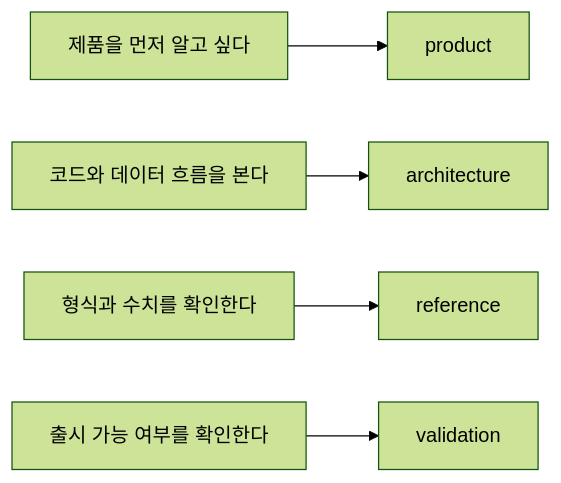
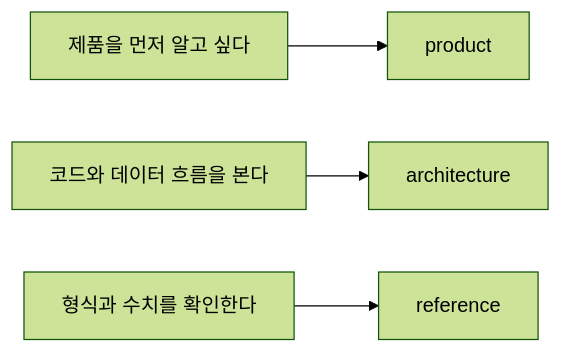
Before and after one commit to habinsong/negaflow: the diagram in docs/ko/README.md, drawn with Mermaid (forest theme). The commit also changed other lines of this file and 171 other files, not shown here.

````diff
--- a/docs/ko/README.md
+++ b/docs/ko/README.md
@@ -8,7 +8,6 @@
 ```mermaid
 flowchart LR
     A["제품을 먼저 알고 싶다"] --> P["product"]
     B["코드와 데이터 흐름을 본다"] --> R["architecture"]
     C["형식과 수치를 확인한다"] --> S["reference"]
-    D["출시 가능 여부를 확인한다"] --> V["validation"]
 ```
````
